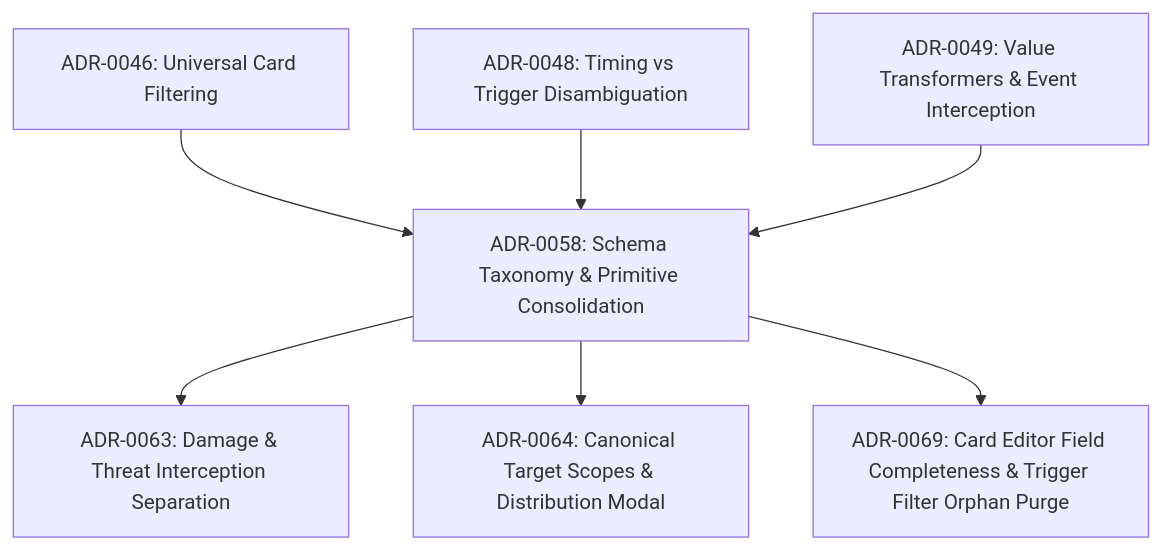
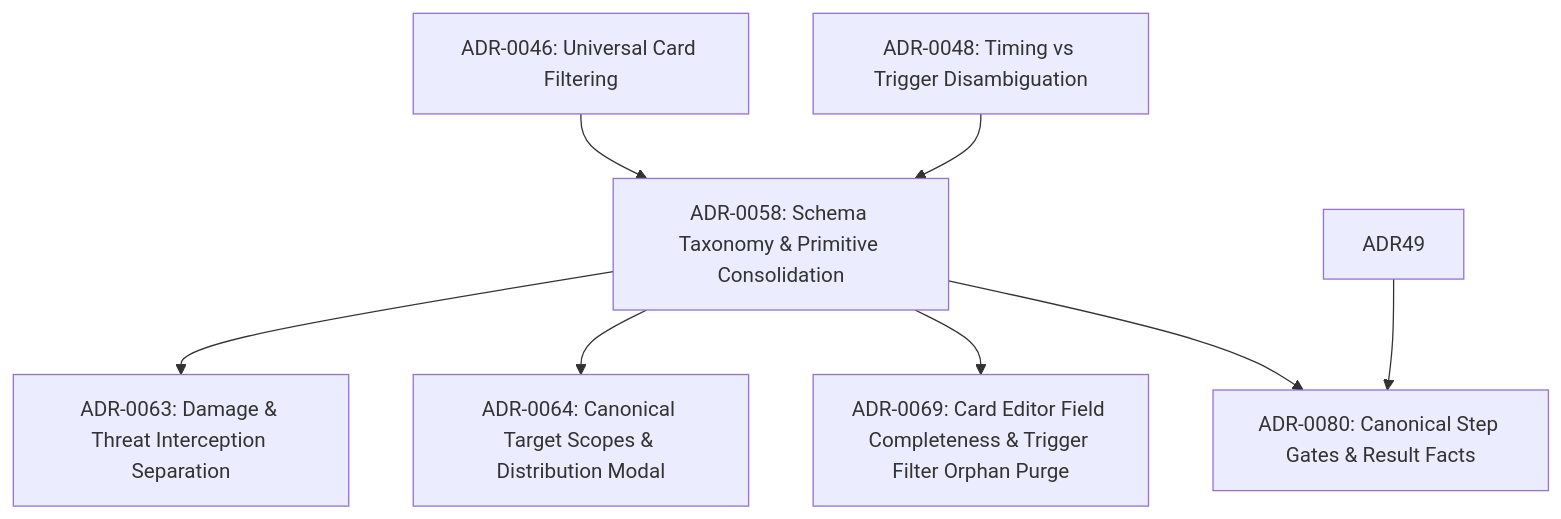
One commit to SteveRodrigue/MCD changed the fourth of 6 diagrams in docs/decisions/README.md. Above: the diagram before and after it, drawn with Mermaid. The commit also changed other lines of this file and 56 other files, not shown here.

Commit message:
refactor(engine): step gates and result facts (Fixes #289, Fixes #290)

````diff
--- a/docs/decisions/README.md
+++ b/docs/decisions/README.md
@@ -52,9 +52,10 @@
 ```mermaid
 graph TD
     ADR46["ADR-0046: Universal Card Filtering"] --> ADR58["ADR-0058: Schema Taxonomy & Primitive Consolidation"]
     ADR48["ADR-0048: Timing vs Trigger Disambiguation"] --> ADR58
-    ADR49["ADR-0049: Value Transformers & Event Interception"] --> ADR58
     ADR58 --> ADR63["ADR-0063: Damage & Threat Interception Separation"]
     ADR58 --> ADR64["ADR-0064: Canonical Target Scopes & Distribution Modal"]
     ADR58 --> ADR69["ADR-0069: Card Editor Field Completeness & Trigger Filter Orphan Purge"]
+    ADR49 --> ADR80["ADR-0080: Canonical Step Gates & Result Facts"]
+    ADR58 --> ADR80
 ```
````
